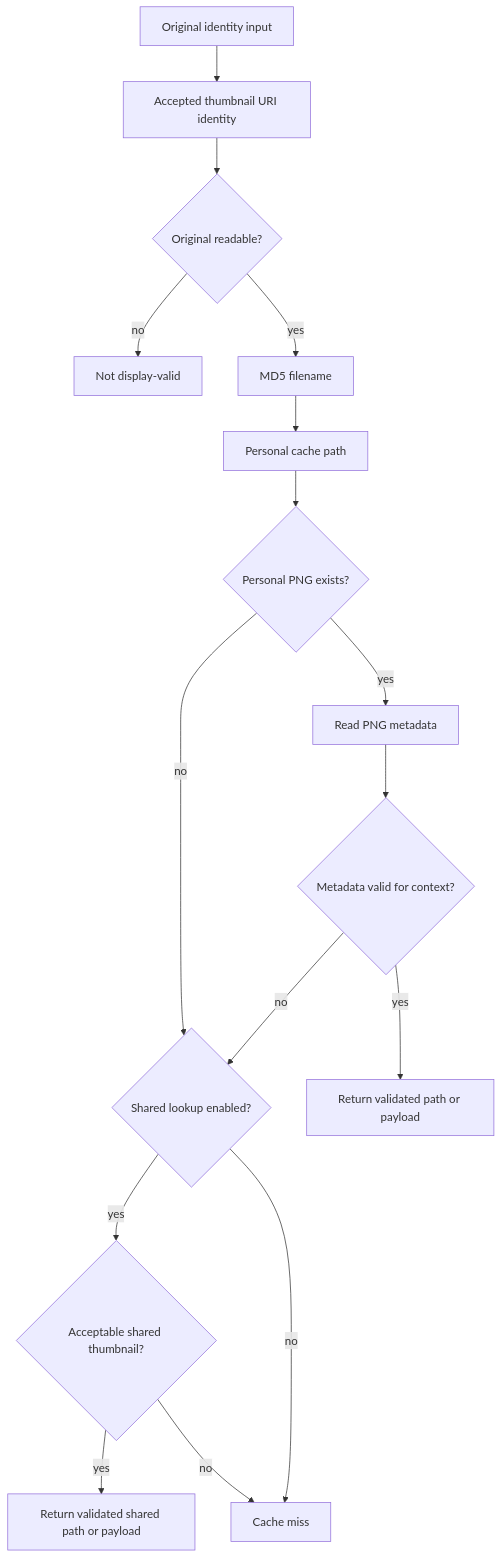
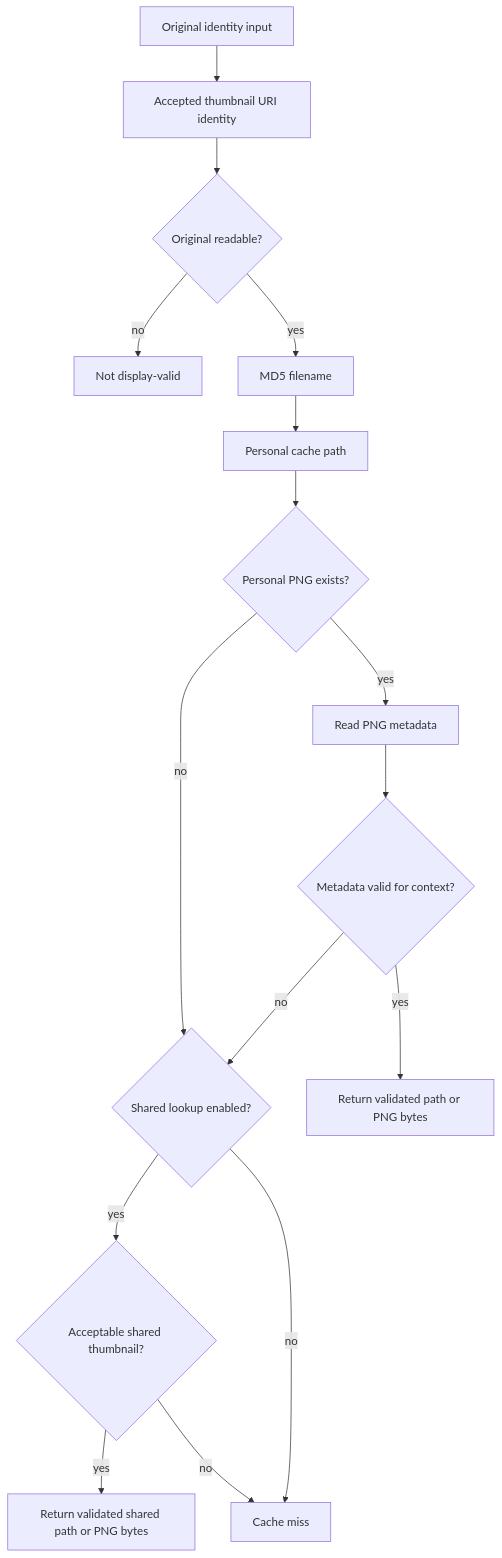
One commit to hnjae/xdg-thumbnail changed the first of 2 diagrams in docs/architecture/thumbnail-lifecycle.md. Above: the diagram before and after it, drawn with Mermaid. The commit also changed 2 other files, not shown here.

Commit message:
docs: add mime_type to OriginalIdentity and return validated png bytes

````diff
--- a/docs/architecture/thumbnail-lifecycle.md
+++ b/docs/architecture/thumbnail-lifecycle.md
@@ -7,18 +7,18 @@
 ```mermaid
 flowchart TD
     A[Original identity input] --> B[Accepted thumbnail URI identity]
     B --> C{Original readable?}
     C -- no --> L[Not display-valid]
     C -- yes --> D[MD5 filename]
     D --> E[Personal cache path]
     E --> F{Personal PNG exists?}
     F -- no --> S{Shared lookup enabled?}
     F -- yes --> H[Read PNG metadata]
     H --> I{Metadata valid for context?}
-    I -- yes --> J[Return validated path or payload]
+    I -- yes --> J[Return validated path or PNG bytes]
     I -- no --> S
     S -- yes --> T{Acceptable shared thumbnail?}
-    T -- yes --> U[Return validated shared path or payload]
+    T -- yes --> U[Return validated shared path or PNG bytes]
     T -- no --> N[Cache miss]
     S -- no --> N
 ```
````
